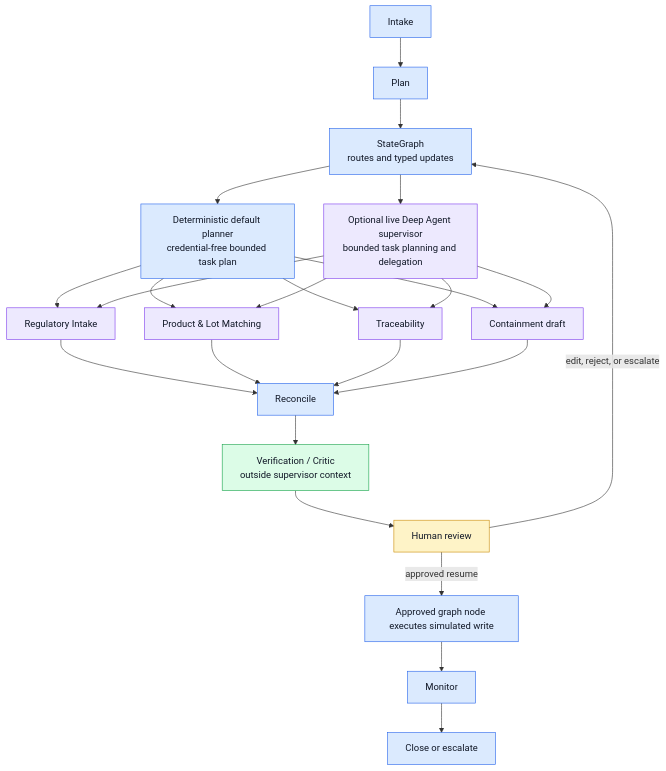
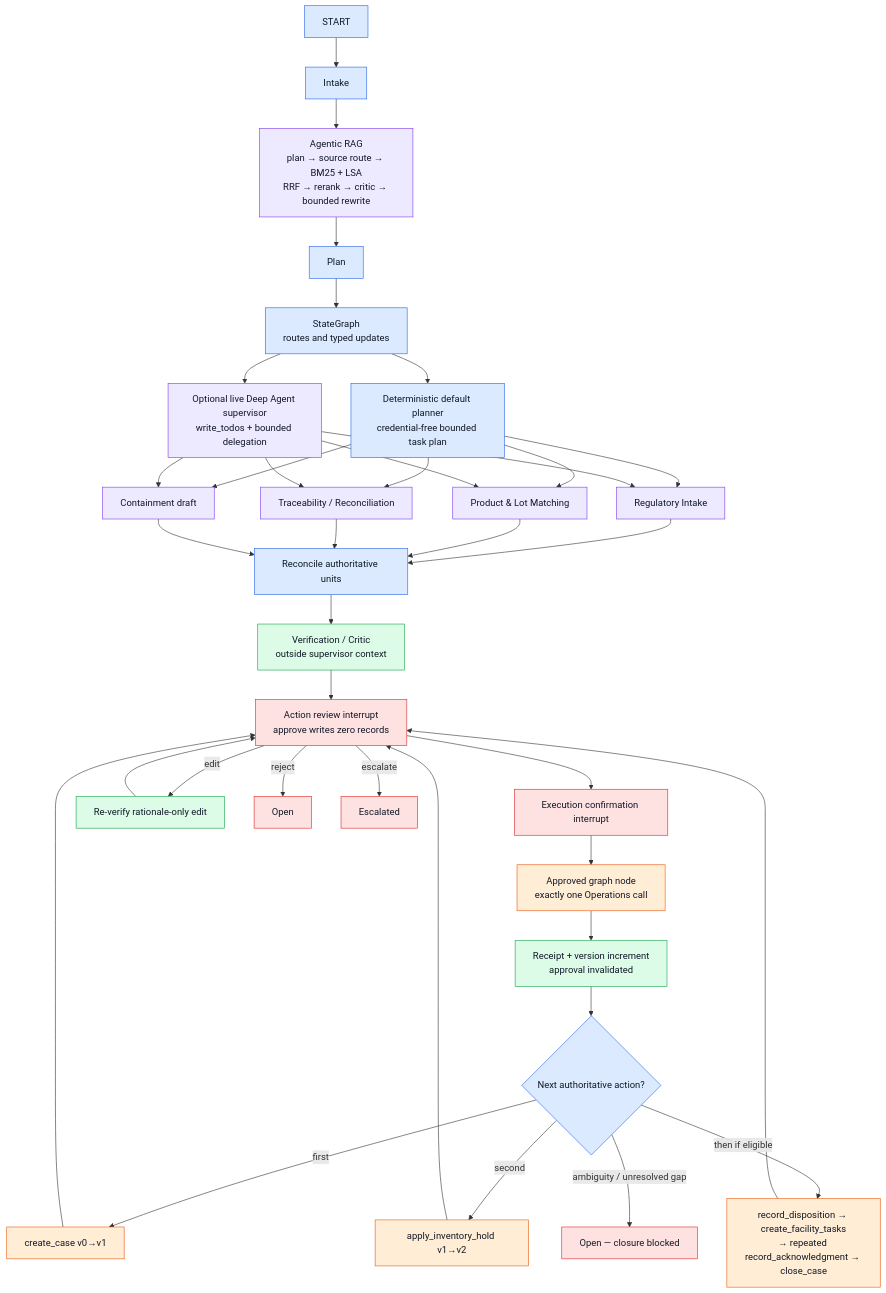
The diagram in docs/images/03_orchestration.mmd (nagarjunakanamarlapudi/reacall-agents), drawn with Mermaid before and after one commit. The commit also changed 34 other files, not shown here.

```diff
--- a/docs/images/03_orchestration.mmd
+++ b/docs/images/03_orchestration.mmd
@@ -1,25 +1,39 @@
 flowchart TB
   classDef statefill fill:#dbeafe,stroke:#2563eb,color:#111827
   classDef agent fill:#ede9fe,stroke:#7c3aed,color:#111827
   classDef verify fill:#dcfce7,stroke:#16a34a,color:#111827
-  classDef human fill:#fef3c7,stroke:#ca8a04,color:#111827
-  I["Intake"]:::statefill --> P["Plan"]:::statefill --> SG["StateGraph<br/>routes and typed updates"]:::statefill
+  classDef human fill:#fee2e2,stroke:#dc2626,color:#111827
+  classDef action fill:#ffedd5,stroke:#ea580c,color:#111827
+
+  START["START"]:::statefill --> I["Intake"]:::statefill --> RAG["Agentic RAG<br/>plan → source route → BM25 + LSA<br/>RRF → rerank → critic → bounded rewrite"]:::agent --> P["Plan"]:::statefill --> SG["StateGraph<br/>routes and typed updates"]:::statefill
+
   SG --> DS["Deterministic default planner<br/>credential-free bounded task plan"]:::statefill
-  SG --> DA["Optional live Deep Agent supervisor<br/>bounded task planning and delegation"]:::agent
+  SG --> DA["Optional live Deep Agent supervisor<br/>write_todos + bounded delegation"]:::agent
   DS --> RI["Regulatory Intake"]:::agent
   DS --> PM["Product & Lot Matching"]:::agent
-  DS --> TR["Traceability"]:::agent
+  DS --> TR["Traceability / Reconciliation"]:::agent
   DS --> CO["Containment draft"]:::agent
-  DA --> RI["Regulatory Intake"]:::agent
-  DA --> PM["Product & Lot Matching"]:::agent
-  DA --> TR["Traceability"]:::agent
-  DA --> CO["Containment draft"]:::agent
-  RI --> REC["Reconcile"]:::statefill
+  DA --> RI
+  DA --> PM
+  DA --> TR
+  DA --> CO
+  RI --> REC["Reconcile authoritative units"]:::statefill
   PM --> REC
   TR --> REC
   CO --> REC
   REC --> VC["Verification / Critic<br/>outside supervisor context"]:::verify
-  VC --> HR["Human review"]:::human
-  HR -->|approved resume| EX["Approved graph node executes simulated write"]:::statefill
-  HR -->|edit, reject, or escalate| SG
-  EX --> MON["Monitor"]:::statefill --> CLOSE["Close or escalate"]:::statefill
+  VC --> AR["Action review interrupt<br/>approve writes zero records"]:::human
+  AR --> EC["Execution confirmation interrupt"]:::human
+  EC --> W["Approved graph node<br/>exactly one Operations call"]:::action
+  W --> RCPT["Receipt + version increment<br/>approval invalidated"]:::verify
+  RCPT --> NEXT{"Next authoritative action?"}:::statefill
+  NEXT -->|first| C1["create_case v0→v1"]:::action
+  NEXT -->|second| C2["apply_inventory_hold v1→v2"]:::action
+  NEXT -->|then if eligible| LATER["record_disposition → create_facility_tasks<br/>→ repeated record_acknowledgment → close_case"]:::action
+  C1 --> AR
+  C2 --> AR
+  LATER --> AR
+  NEXT -->|ambiguity / unresolved gap| BLOCK["Open — closure blocked"]:::human
+  AR -->|edit| REVERIFY["Re-verify rationale-only edit"]:::verify --> AR
+  AR -->|reject| OPEN["Open"]:::human
+  AR -->|escalate| ESC["Escalated"]:::human
```
